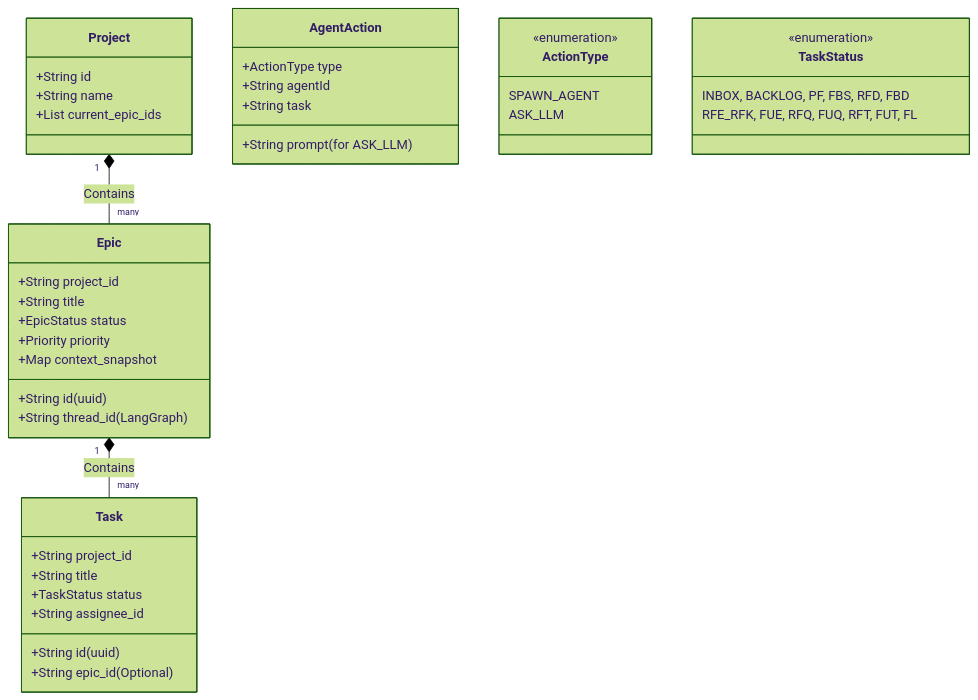
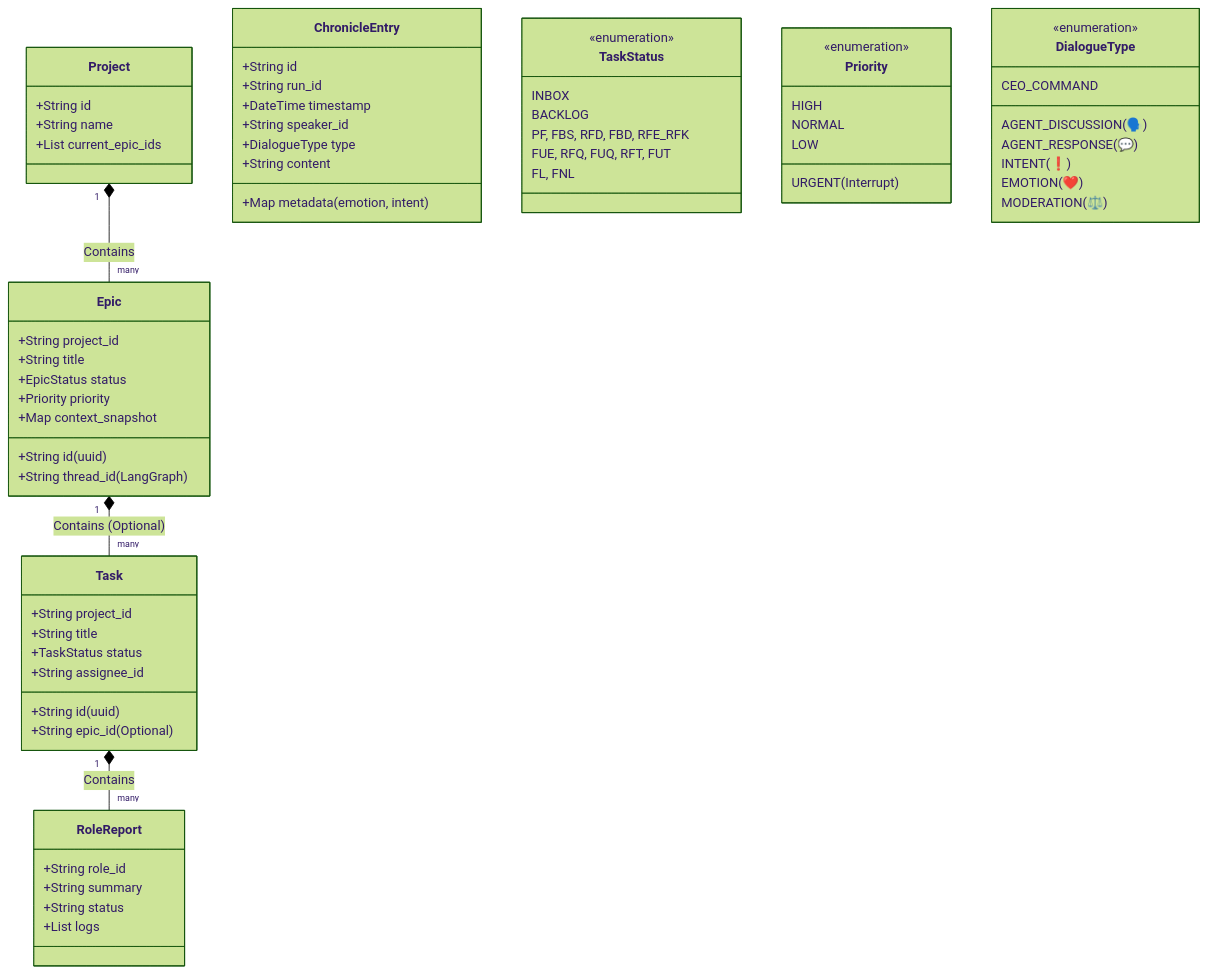
One commit to KyleL22/yuna-openclaw changed the second of 2 diagrams in docs/core/process/SYSTEM_DESIGN_V1_0.md. Above: the diagram before and after it, drawn with Mermaid (forest theme). The commit also changed other lines of this file and 1 other file, not shown here.

````diff
--- a/docs/core/process/SYSTEM_DESIGN_V1_0.md
+++ b/docs/core/process/SYSTEM_DESIGN_V1_0.md
@@ -65,51 +75,77 @@
 ```mermaid
 classDiagram
     %% Core Entities
     class Project {
         +String id
         +String name
         +List current_epic_ids
     }
 
     class Epic {
         +String id (uuid)
         +String project_id
         +String title
         +EpicStatus status
         +Priority priority
         +String thread_id (LangGraph)
         +Map context_snapshot
     }
 
     class Task {
         +String id (uuid)
         +String epic_id (Optional)
         +String project_id
         +String title
         +TaskStatus status
         +String assignee_id
     }
 
-    class AgentAction {
-        +ActionType type
-        +String agentId
-        +String task
-        +String prompt (for ASK_LLM)
+    class RoleReport {
+        +String role_id
+        +String summary
+        +String status
+        +List logs
+    }
+
+    class ChronicleEntry {
+        +String id
+        +String run_id
+        +DateTime timestamp
+        +String speaker_id
+        +DialogueType type
+        +String content
+        +Map metadata (emotion, intent)
     }
 
     %% Enums
-    class ActionType {
+    class TaskStatus {
         <<enumeration>>
-        SPAWN_AGENT
-        ASK_LLM
+        INBOX
+        BACKLOG
+        PF, FBS, RFD, FBD, RFE_RFK
+        FUE, RFQ, FUQ, RFT, FUT
+        FL, FNL
     }
 
-    class TaskStatus {
+    class Priority {
         <<enumeration>>
-        INBOX, BACKLOG, PF, FBS, RFD, FBD
-        RFE_RFK, FUE, RFQ, FUQ, RFT, FUT, FL
+        URGENT (Interrupt)
+        HIGH
+        NORMAL
+        LOW
+    }
+
+    class DialogueType {
+        <<enumeration>>
+        CEO_COMMAND
+        AGENT_DISCUSSION (🗣️)
+        AGENT_RESPONSE (💬)
+        INTENT (❗️)
+        EMOTION (❤️)
+        MODERATION (⚖️)
     }
 
     Project "1" *-- "many" Epic : Contains
-    Epic "1" *-- "many" Task : Contains
+    Epic "1" *-- "many" Task : Contains (Optional)
+    Task "1" *-- "many" RoleReport : Contains
 ```
````
